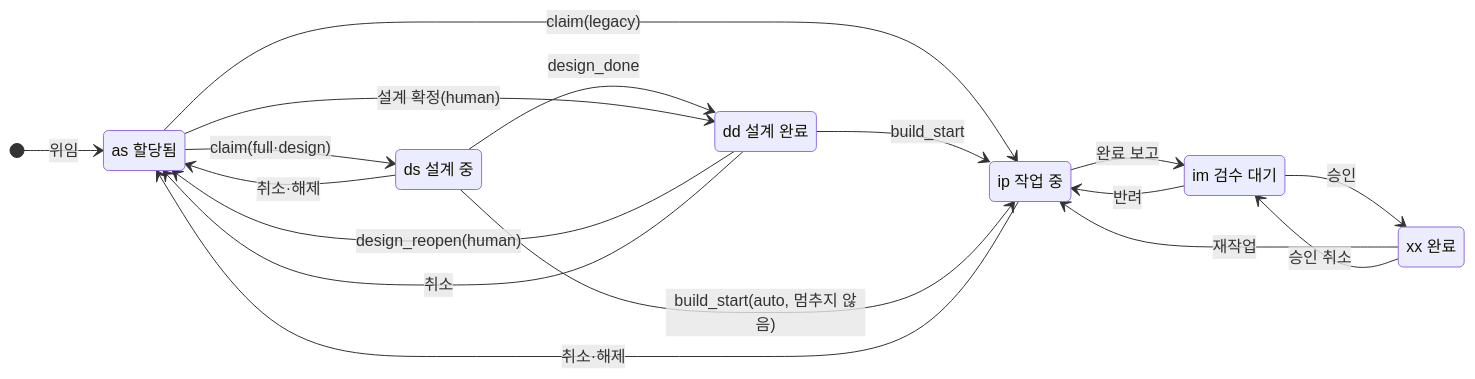
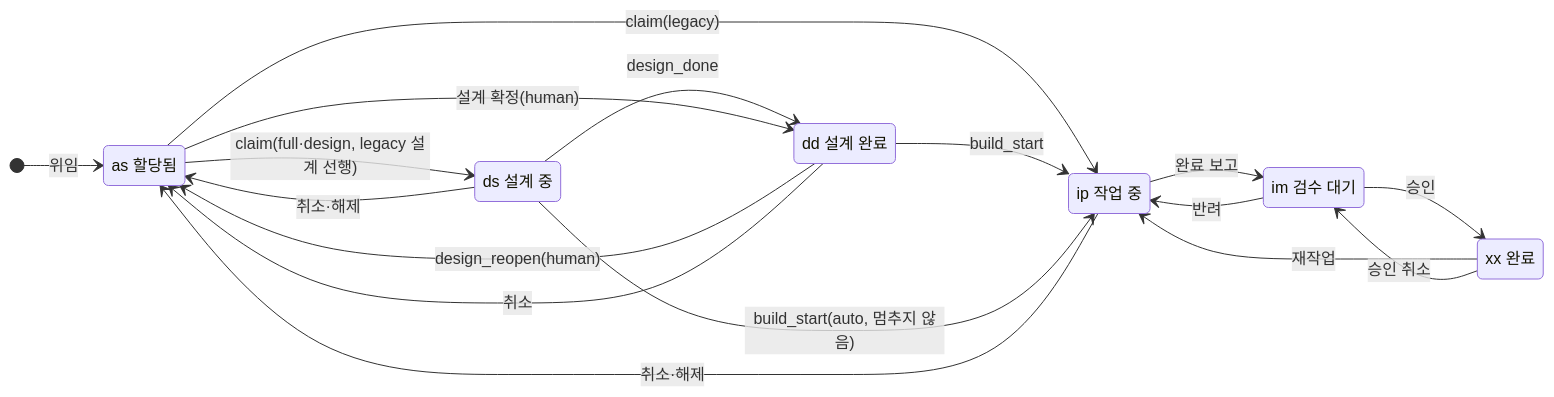
The second of 3 diagrams in docs/superpowers/specs/2026-09-26-design-state-dev-auto-design.md (donseok/wbs-web), drawn with Mermaid before and after one commit. The commit also changed other lines of this file, not shown here.

````diff
--- a/docs/superpowers/specs/2026-09-26-design-state-dev-auto-design.md
+++ b/docs/superpowers/specs/2026-09-26-design-state-dev-auto-design.md
@@ -129,26 +134,26 @@
 ```mermaid
 stateDiagram-v2
     direction LR
     as: as 할당됨
     ds: ds 설계 중
     dd: dd 설계 완료
     ip: ip 작업 중
     im: im 검수 대기
     xx: xx 완료
     [*] --> as: 위임
-    as --> ds: claim(full·design)
+    as --> ds: claim(full·design, legacy 설계 선행)
     as --> ip: claim(legacy)
     ds --> dd: design_done
     as --> dd: 설계 확정(human)
     dd --> as: design_reopen(human)
     dd --> ip: build_start
     ds --> ip: build_start(auto, 멈추지 않음)
     ip --> im: 완료 보고
     im --> xx: 승인
     im --> ip: 반려
     xx --> ip: 재작업
     xx --> im: 승인 취소
     ds --> as: 취소·해제
     dd --> as: 취소
     ip --> as: 취소·해제
 ```
````
